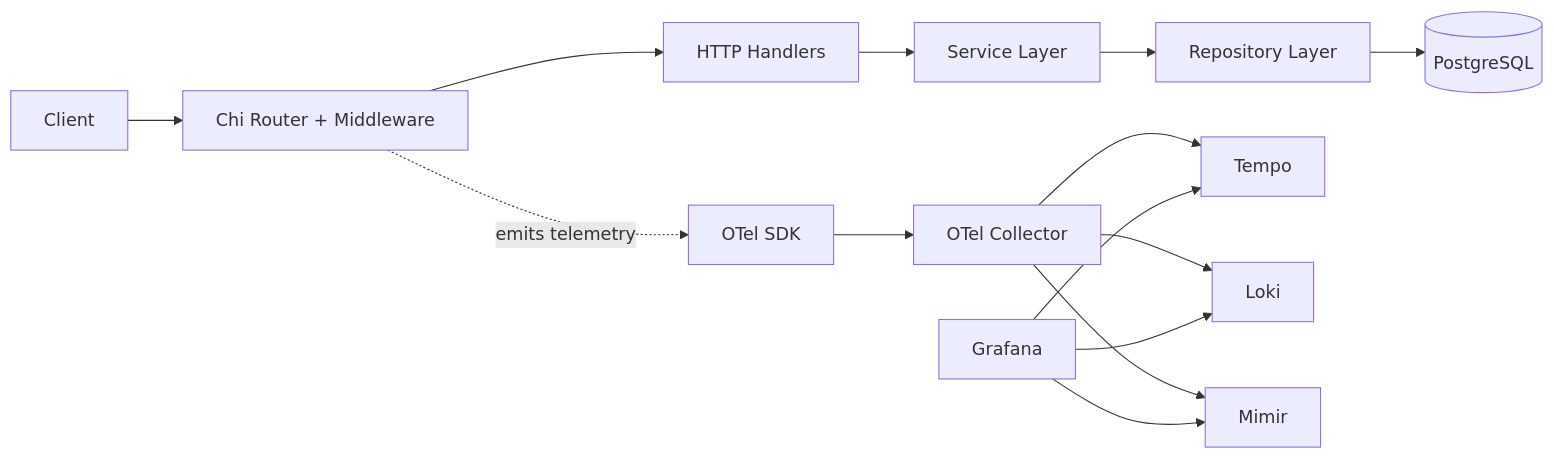
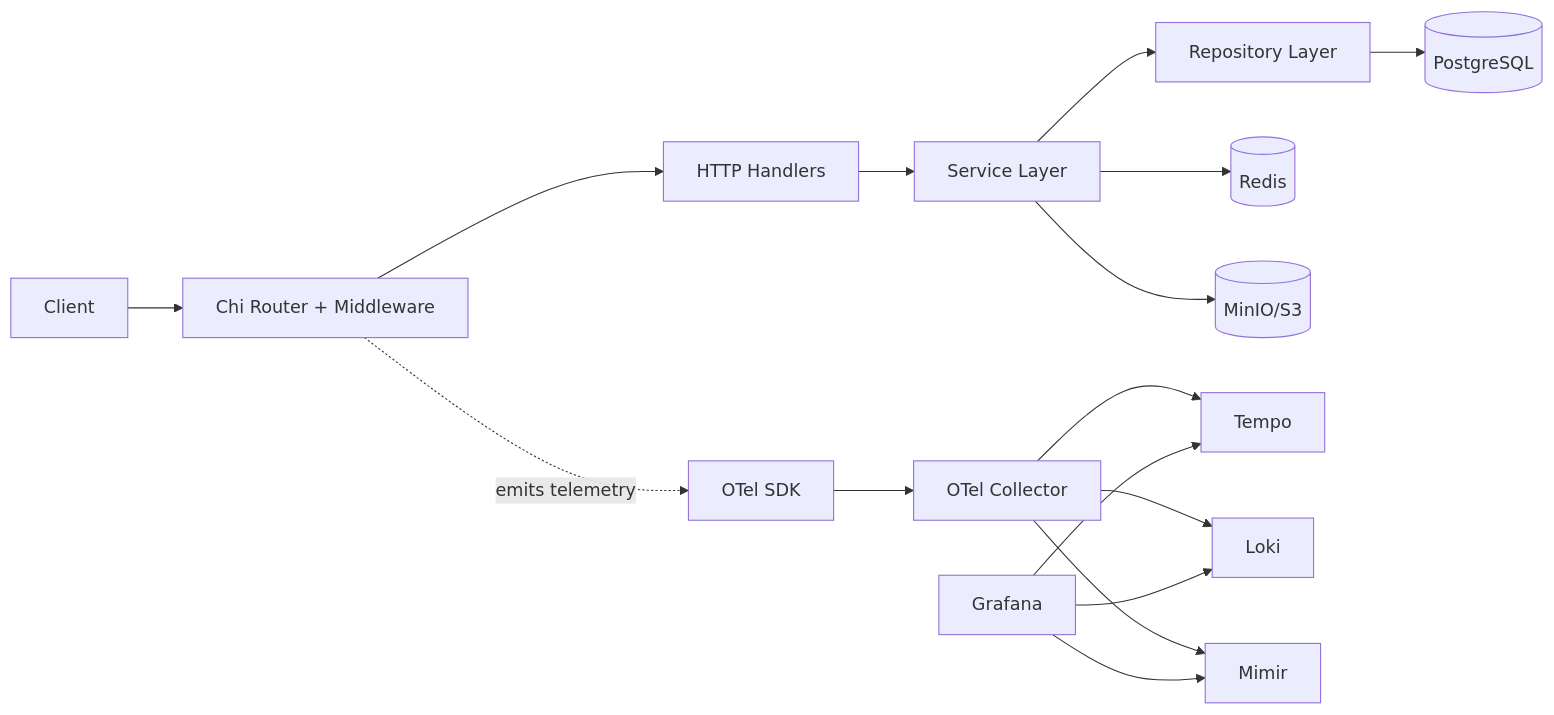
The first of 23 diagrams in docs/diagrams.md (sandeepkv93/everything-backend-starter-kit), drawn with Mermaid before and after one commit. The commit also changed 26 other files, not shown here.

First line of the commit message:
Add MinIO-compatible profile avatar storage flow (#14)

````diff
--- a/docs/diagrams.md
+++ b/docs/diagrams.md
@@ -9,17 +9,19 @@
 ```mermaid
 flowchart LR
     Client[Client] --> Router[Chi Router + Middleware]
     Router --> Handlers[HTTP Handlers]
     Handlers --> Services[Service Layer]
     Services --> Repos[Repository Layer]
     Repos --> DB[(PostgreSQL)]
+    Services --> Redis[(Redis)]
+    Services --> MinIO[(MinIO/S3)]
 
     Router -. emits telemetry .-> OTel[OTel SDK]
     OTel --> Collector[OTel Collector]
     Collector --> Tempo[Tempo]
     Collector --> Loki[Loki]
     Collector --> Mimir[Mimir]
     Grafana[Grafana] --> Tempo
     Grafana --> Loki
     Grafana --> Mimir
 ```
````
